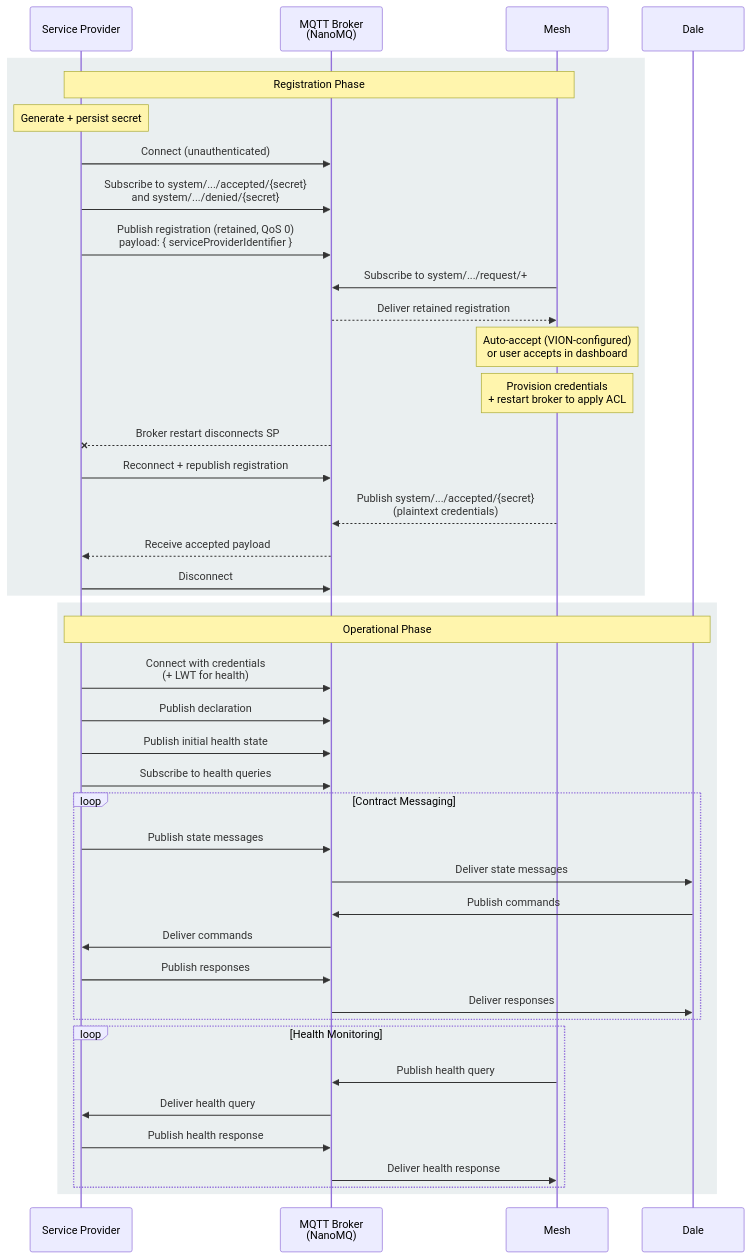
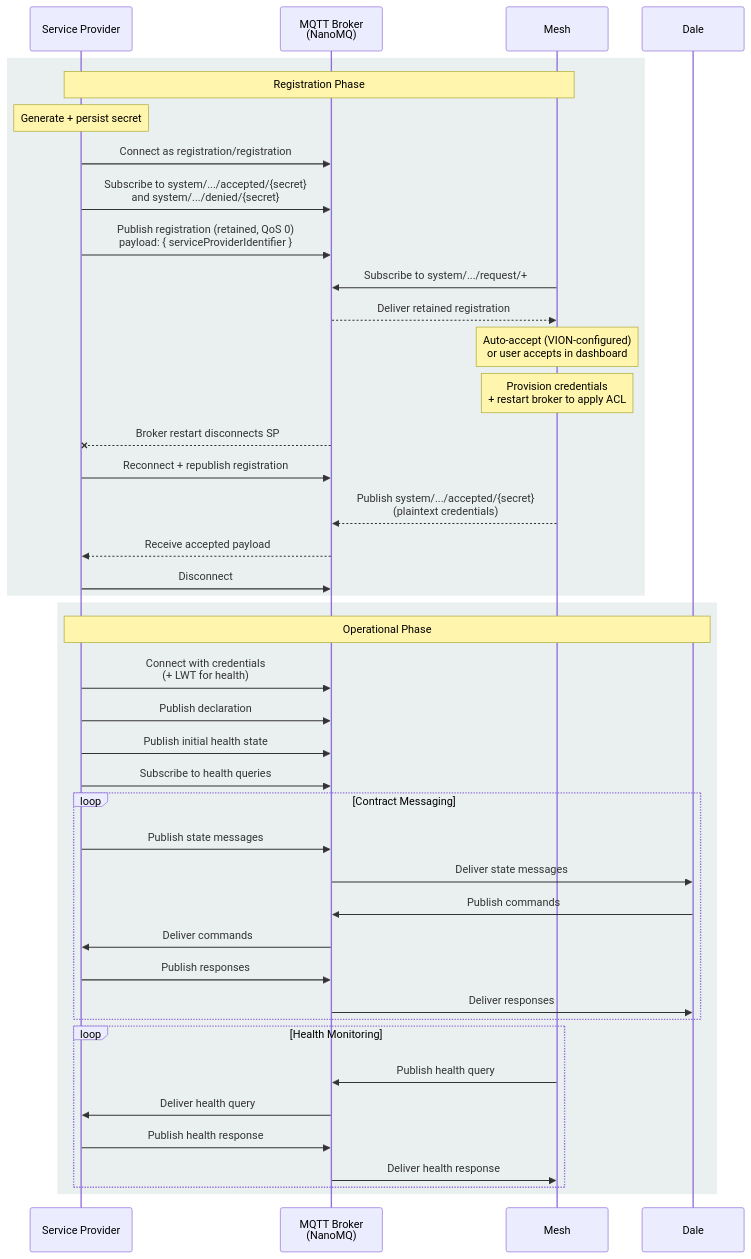
Before and after one commit to VION-IoT/documentation: the second of 2 diagrams in docs/sdk/service-provider-protocol.md, drawn with Mermaid. The commit also changed other lines of this file and 1 other file, not shown here.

Commit message:
docs(service-provider): document the registration bootstrap credentials and the RegistrationCredentials SDK builder argument

````diff
--- a/docs/sdk/service-provider-protocol.md
+++ b/docs/sdk/service-provider-protocol.md
@@ -559,48 +559,48 @@
 ```mermaid
 sequenceDiagram
     participant SP as Service Provider
     participant B as MQTT Broker<br/>(NanoMQ)
     participant M as Mesh
     participant D as Dale
 
     rect rgb(50, 101, 108, 0.1)
     Note over SP,M: Registration Phase
     Note over SP: Generate + persist secret
-    SP->>B: Connect (unauthenticated)
+    SP->>B: Connect as registration/registration
     SP->>B: Subscribe to system/.../accepted/{secret}<br/>and system/.../denied/{secret}
     SP->>B: Publish registration (retained, QoS 0)<br/>payload: { serviceProviderIdentifier }
     M->>B: Subscribe to system/.../request/+
     B-->>M: Deliver retained registration
     Note over M: Auto-accept (VION-configured)<br/>or user accepts in dashboard
     Note over M: Provision credentials<br/>+ restart broker to apply ACL
     B--xSP: Broker restart disconnects SP
     SP->>B: Reconnect + republish registration
     M-->>B: Publish system/.../accepted/{secret}<br/>(plaintext credentials)
     B-->>SP: Receive accepted payload
     SP->>B: Disconnect
     end
 
     rect rgb(50, 101, 108, 0.1)
     Note over SP,D: Operational Phase
     SP->>B: Connect with credentials<br/>(+ LWT for health)
     SP->>B: Publish declaration
     SP->>B: Publish initial health state
     SP->>B: Subscribe to health queries
 
     loop Contract Messaging
         SP->>B: Publish state messages
         B->>D: Deliver state messages
         D->>B: Publish commands
         B->>SP: Deliver commands
         SP->>B: Publish responses
         B->>D: Deliver responses
     end
 
     loop Health Monitoring
         M->>B: Publish health query
         B->>SP: Deliver health query
         SP->>B: Publish health response
         B->>M: Deliver health response
     end
     end
 ```
````
